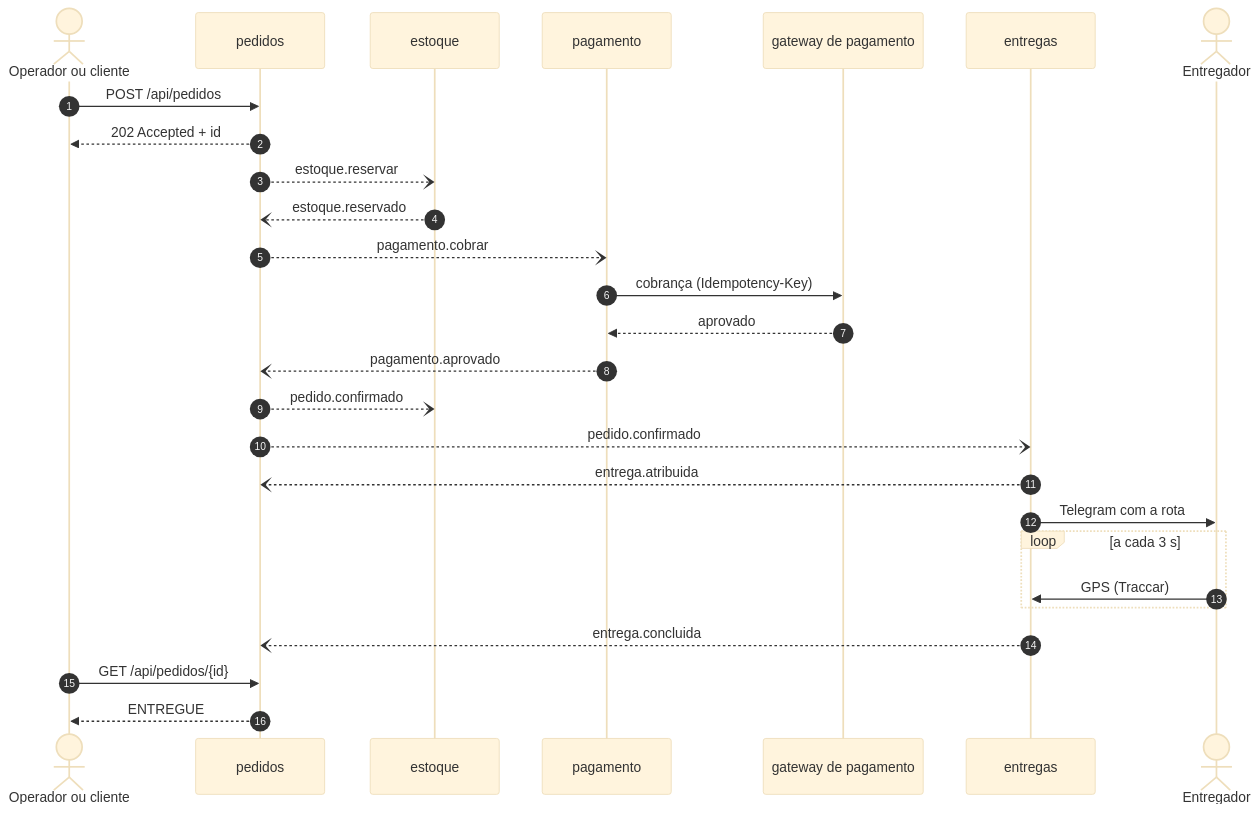
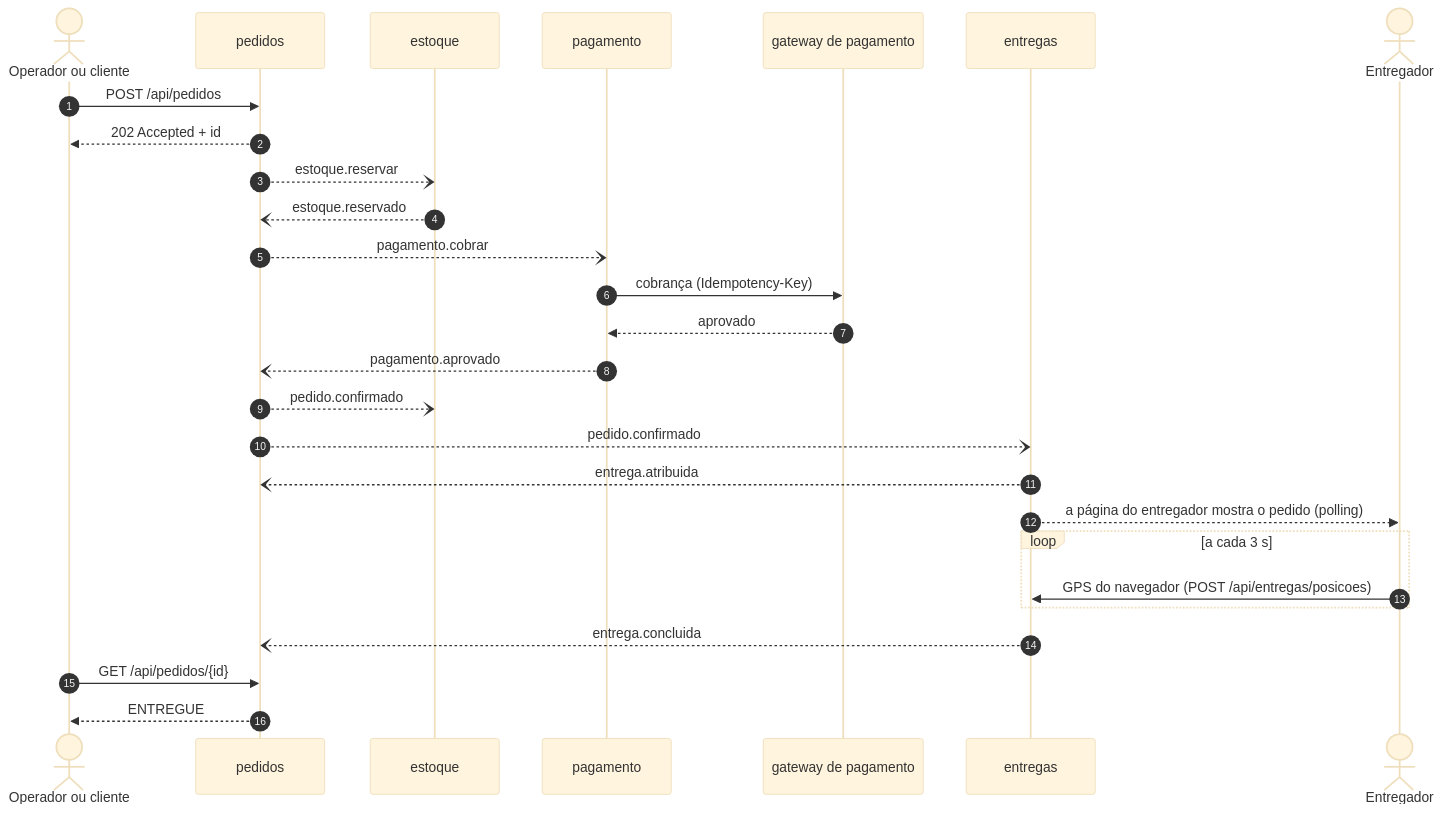
One commit to yurirrabelo/5bitsdelivery changed the first of 3 diagrams in docs/ESPECIFICACAO.md. Above: the diagram before and after it, drawn with Mermaid (base theme). The commit also changed other lines of this file and 68 other files, not shown here.

````diff
--- a/docs/ESPECIFICACAO.md
+++ b/docs/ESPECIFICACAO.md
@@ -49,29 +49,29 @@
 ```mermaid
 sequenceDiagram
     autonumber
     actor C as Operador ou cliente
     participant P as pedidos
     participant E as estoque
     participant PG as pagamento
     participant GW as gateway de pagamento
     participant ENT as entregas
     actor M as Entregador
     C->>P: POST /api/pedidos
     P-->>C: 202 Accepted + id
     P--)E: estoque.reservar
     E--)P: estoque.reservado
     P--)PG: pagamento.cobrar
     PG->>GW: cobrança (Idempotency-Key)
     GW-->>PG: aprovado
     PG--)P: pagamento.aprovado
     P--)E: pedido.confirmado
     P--)ENT: pedido.confirmado
     ENT--)P: entrega.atribuida
-    ENT->>M: Telegram com a rota
+    ENT-->>M: a página do entregador mostra o pedido (polling)
     loop a cada 3 s
-        M->>ENT: GPS (Traccar)
+        M->>ENT: GPS do navegador (POST /api/entregas/posicoes)
     end
     ENT--)P: entrega.concluida
     C->>P: GET /api/pedidos/{id}
     P-->>C: ENTREGUE
 ```
````
